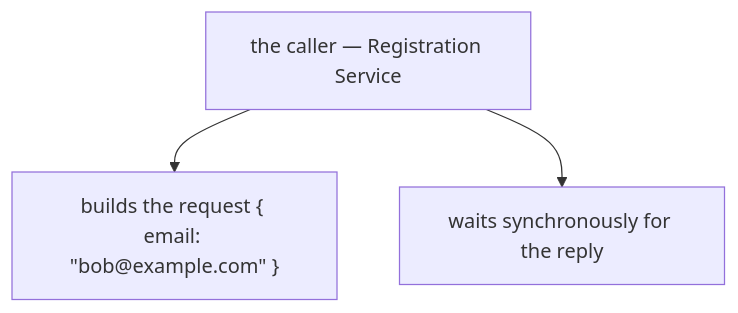
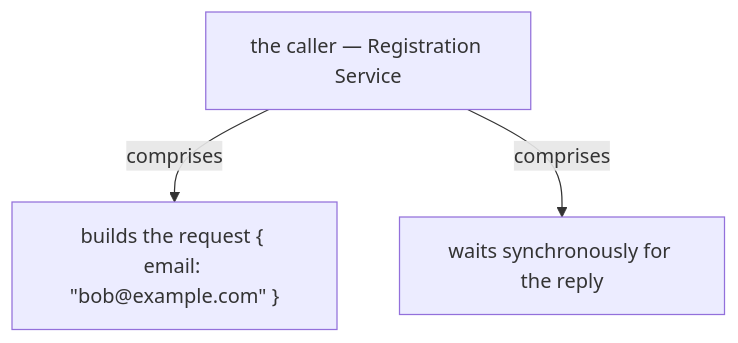
Before and after one commit to vinayakuber/microservices-io-study-guide: the fifth of 13 diagrams in docs/ch06-remote-procedure-invocation.md, drawn with Mermaid. The commit also changed other lines of this file and 71 other files, not shown here.

First line of the commit message:
R18: label every diagram arrow with its meaning

````diff
--- a/docs/ch06-remote-procedure-invocation.md
+++ b/docs/ch06-remote-procedure-invocation.md
@@ -231,6 +231,6 @@
 ```mermaid
 flowchart TD
   R["the caller — Registration Service"]
-  R --> P0["builds the request { email: #quot;bob@example.com#quot; }"]
-  R --> P1["waits synchronously for the reply"]
+  R -->|"comprises"| P0["builds the request { email: #quot;bob@example.com#quot; }"]
+  R -->|"comprises"| P1["waits synchronously for the reply"]
 ```
````
